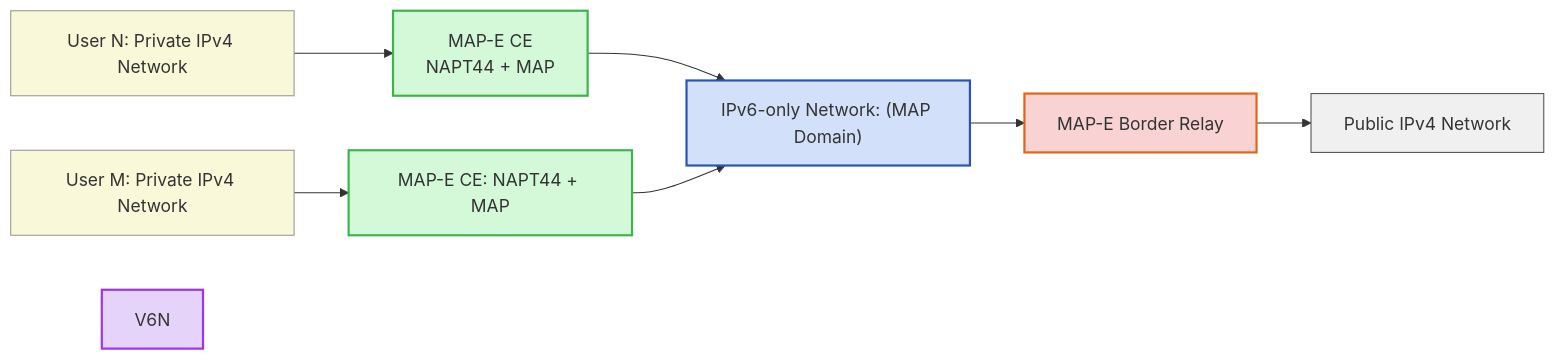
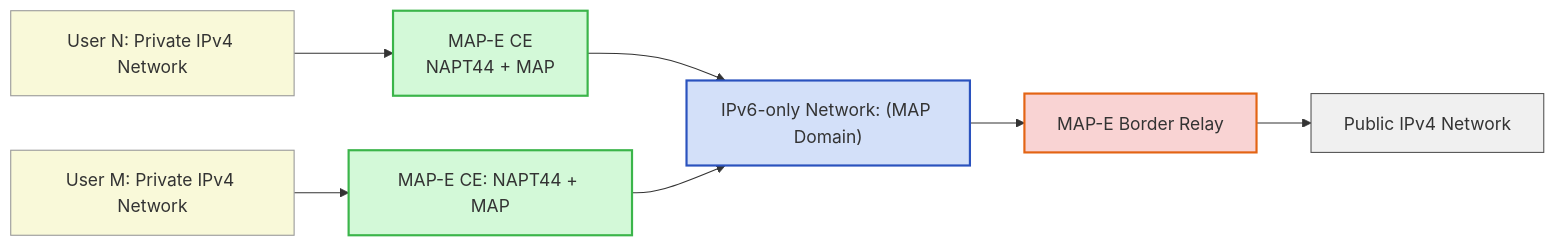
Before and after one commit to simonebortolin/bortolin.io: the second of 4 diagrams in docs/post/2026-03-21-cgnat-map-t-map-e-e-le-codifiche-di-caratteri/index.md, drawn with Mermaid.

Commit message:
Remove V6N style from character encoding diagram
Removed V6N style from the diagram in the document.

````diff
--- a/docs/post/2026-03-21-cgnat-map-t-map-e-e-le-codifiche-di-caratteri/index.md
+++ b/docs/post/2026-03-21-cgnat-map-t-map-e-e-le-codifiche-di-caratteri/index.md
@@ -232,30 +232,29 @@
 ```mermaid
 flowchart LR
     %% Left side - User N
     U1["User N: Private IPv4 Network"]
     CE1["MAP-E CE\nNAPT44 + MAP"]
 
     %% Right side - User M
     U2["User M: Private IPv4 Network"]
     CE2["MAP-E CE: NAPT44 + MAP"]
 
     %% Core network
     CORE["IPv6-only Network: (MAP Domain)"]
     BR["MAP-E Border Relay"]
     V4["Public IPv4 Network"]
 
     %% Connections
     U1 --> CE1 --> CORE
     U2 --> CE2 --> CORE
 
     CORE --> BR --> V4
 
     style U1 fill:#f9f9d9,stroke:#999,stroke-width:1px
     style U2 fill:#f9f9d9,stroke:#999,stroke-width:1px
     style CE1 fill:#d3f9d8,stroke:#3bb54a,stroke-width:2px
     style CE2 fill:#d3f9d8,stroke:#3bb54a,stroke-width:2px
     style CORE fill:#d3e0f9,stroke:#2a52be,stroke-width:2px
     style BR fill:#f9d3d3,stroke:#e36414,stroke-width:2px
     style V4 fill:#f0f0f0,stroke:#555,stroke-width:1px
-    style V6N fill:#e5d3f9,stroke:#9b30ff,stroke-width:2px
 ```
````
